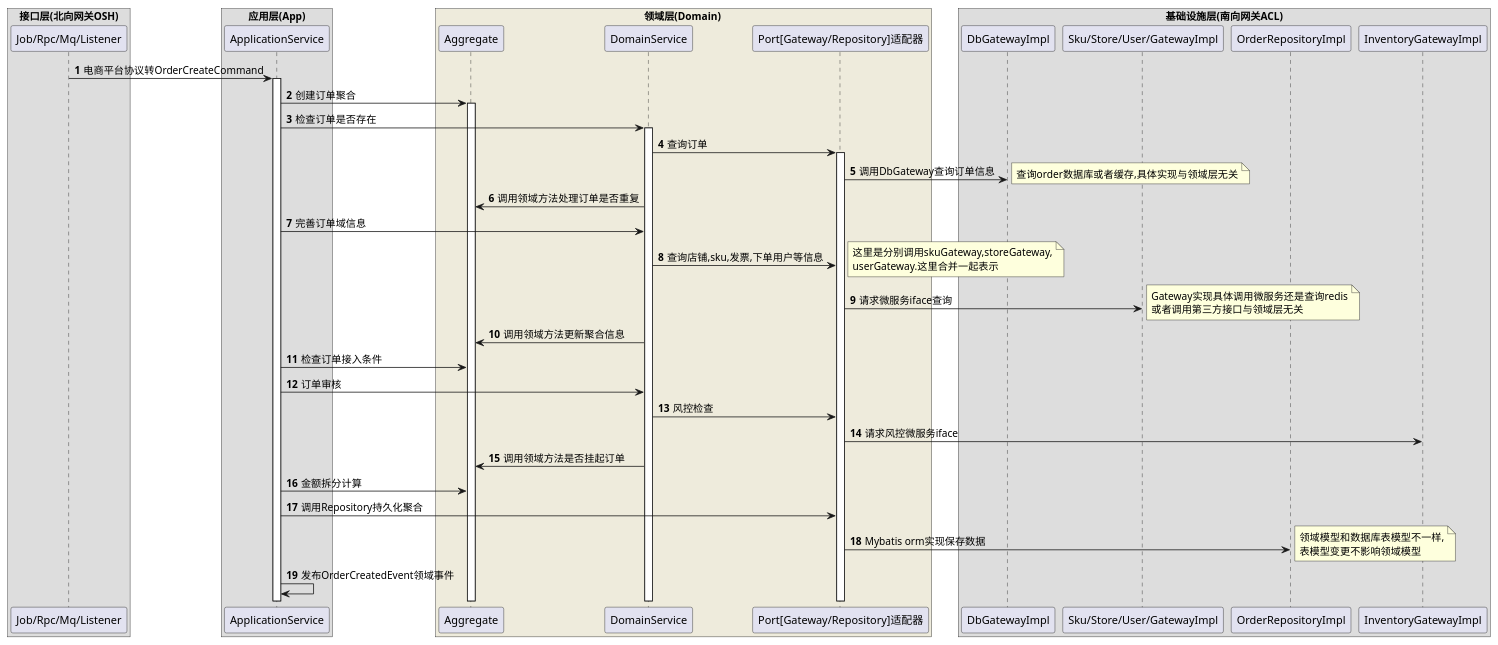
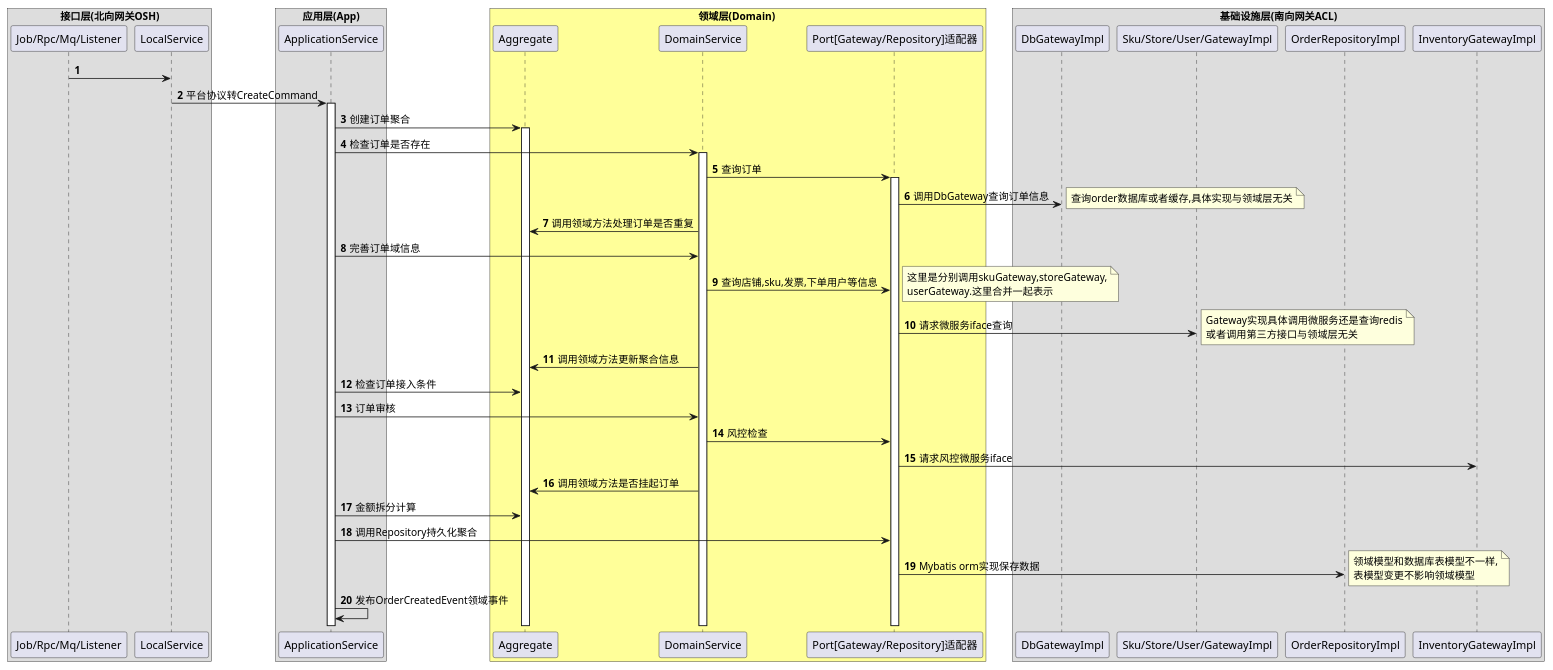
Before and after one commit to 3thinkthendoit/think-oms: the diagram in doc/sequence/创建订单.puml, drawn with PlantUML.

Commit message:
doc:更新订单创建时序图

```diff
--- a/doc/sequence/创建订单.puml
+++ b/doc/sequence/创建订单.puml
@@ -1,62 +1,64 @@
 @startuml
 'https://plantuml.com/sequence-diagram
 autonumber
 participant "Port[Gateway/Repository]适配器" as Port
 
 box 接口层(北向网关OSH)
 participant "Job/Rpc/Mq/Listener"
+participant LocalService
 end box
 box 应用层(App)
 participant ApplicationService
 end box
-box 领域层(Domain) #EEEBDC
+box 领域层(Domain) #FFFF99
 participant Aggregate
 participant DomainService
 participant Port
 end box
 box 基础设施层(南向网关ACL)
 participant DbGatewayImpl
 participant "Sku/Store/User/GatewayImpl"
 participant OrderRepositoryImpl
 participant InventoryGatewayImpl
 end box
 
-"Job/Rpc/Mq/Listener" -> ApplicationService: 电商平台协议转OrderCreateCommand
+"Job/Rpc/Mq/Listener" -> LocalService
+LocalService -> ApplicationService:平台协议转CreateCommand
 activate ApplicationService
 ApplicationService -> Aggregate:创建订单聚合
 activate Aggregate
 ApplicationService -> DomainService:检查订单是否存在
 activate DomainService
 DomainService ->  Port:查询订单
 activate Port
 Port -> DbGatewayImpl:调用DbGateway查询订单信息
 note right
   查询order数据库或者缓存,具体实现与领域层无关
 end note
 DomainService -> Aggregate:调用领域方法处理订单是否重复
 ApplicationService -> DomainService:完善订单域信息
 DomainService ->  Port:查询店铺,sku,发票,下单用户等信息
 note right
   这里是分别调用skuGateway,storeGateway,
   userGateway.这里合并一起表示
 end note
 Port -> "Sku/Store/User/GatewayImpl": 请求微服务iface查询
 note right
   Gateway实现具体调用微服务还是查询redis
   或者调用第三方接口与领域层无关
 end note
 DomainService -> Aggregate:调用领域方法更新聚合信息
 ApplicationService -> Aggregate:检查订单接入条件
 ApplicationService -> DomainService:订单审核
 DomainService ->  Port:风控检查
 Port -> InventoryGatewayImpl: 请求风控微服务iface
 DomainService -> Aggregate:调用领域方法是否挂起订单
 ApplicationService -> Aggregate:金额拆分计算
 ApplicationService -> Port:调用Repository持久化聚合
 Port ->OrderRepositoryImpl: Mybatis orm实现保存数据
 note right
   领域模型和数据库表模型不一样,
   表模型变更不影响领域模型
 end note
 ApplicationService ->ApplicationService:发布OrderCreatedEvent领域事件
 @enduml
```
